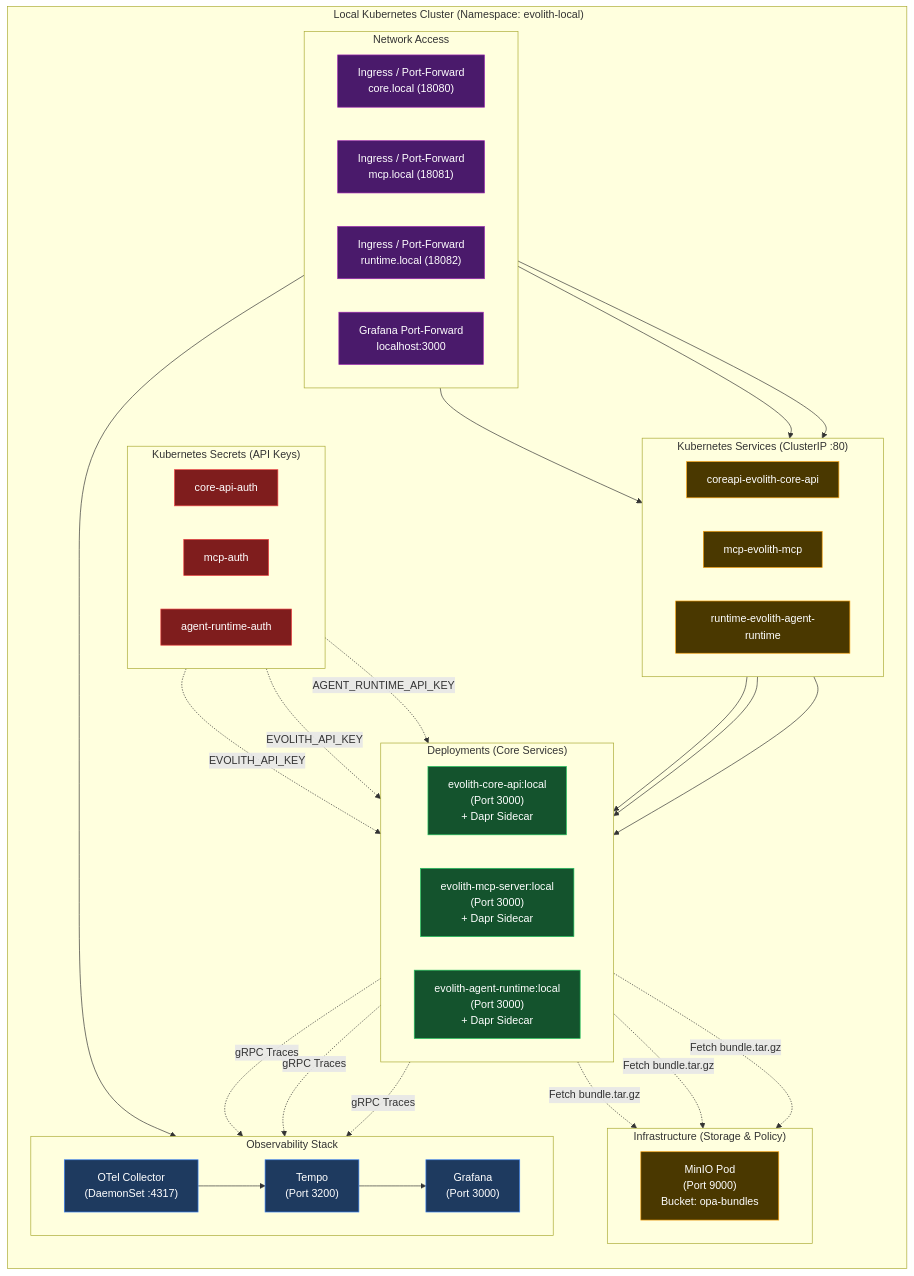
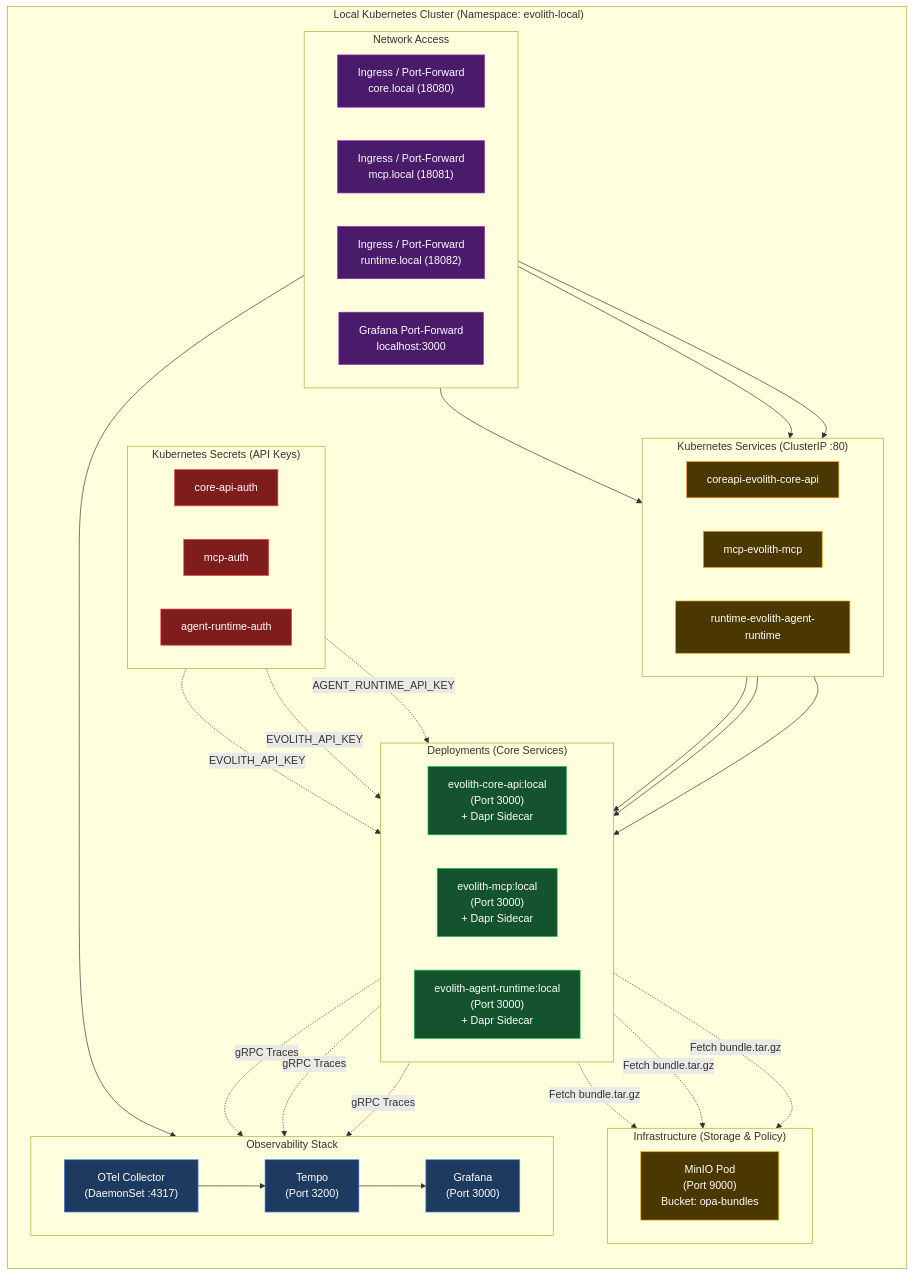
The third of 6 diagrams in reference/core/foundations/common-rules/communication/visuals/v08-infrastructure-topology.md (beyondnetcode/evolith_arch32), drawn with Mermaid before and after one commit. The commit also changed 21 other files, not shown here.

First line of the commit message:
fix(mcp): repair 3 stale mcp-server specs + rename infra evolith-mcp-server → evolith-mcp

````diff
--- a/reference/core/foundations/common-rules/communication/visuals/v08-infrastructure-topology.md
+++ b/reference/core/foundations/common-rules/communication/visuals/v08-infrastructure-topology.md
@@ -131,72 +131,72 @@
 ```mermaid
 flowchart TB
     classDef dev fill:#14532d,stroke:#22c55e,color:#fff
     classDef infra fill:#4a3800,stroke:#f59e0b,color:#fff
     classDef network fill:#4a1a6b,stroke:#9c27b0,color:#fff
     classDef secret fill:#7f1d1d,stroke:#ef4444,color:#fff
     classDef obs fill:#1e3a5f,stroke:#3b82f6,color:#fff
 
     subgraph LOCAL_K8S["️ Local Kubernetes Cluster (Namespace: evolith-local)"]
         direction TB
 
         subgraph INGRESS["Network Access"]
             direction LR
             PF_CORE["Ingress / Port-Forward\ncore.local (18080)"]:::network
             PF_MCP["Ingress / Port-Forward\nmcp.local (18081)"]:::network
             PF_RUNTIME["Ingress / Port-Forward\nruntime.local (18082)"]:::network
             PF_GRAFANA["Grafana Port-Forward\nlocalhost:3000"]:::network
         end
 
         subgraph SECRETS["Kubernetes Secrets (API Keys)"]
             direction LR
             SEC_CORE["core-api-auth"]:::secret
             SEC_MCP["mcp-auth"]:::secret
             SEC_RUNTIME["agent-runtime-auth"]:::secret
         end
 
         subgraph SVC["Kubernetes Services (ClusterIP :80)"]
             direction LR
             SVC_CORE["coreapi-evolith-core-api"]:::infra
             SVC_MCP["mcp-evolith-mcp"]:::infra
             SVC_RUNTIME["runtime-evolith-agent-runtime"]:::infra
         end
 
         subgraph PODS["Deployments (Core Services)"]
             direction LR
             POD_CORE["evolith-core-api:local\n(Port 3000)\n+ Dapr Sidecar"]:::dev
-            POD_MCP["evolith-mcp-server:local\n(Port 3000)\n+ Dapr Sidecar"]:::dev
+            POD_MCP["evolith-mcp:local\n(Port 3000)\n+ Dapr Sidecar"]:::dev
             POD_RUNTIME["evolith-agent-runtime:local\n(Port 3000)\n+ Dapr Sidecar"]:::dev
         end
 
         subgraph INFRA_LOCAL["Infrastructure (Storage & Policy)"]
             direction LR
             MINIO["MinIO Pod\n(Port 9000)\nBucket: opa-bundles"]:::infra
         end
 
         subgraph OBS_LOCAL["Observability Stack"]
             direction LR
             OTEL["OTel Collector\n(DaemonSet :4317)"]:::obs
             TEMPO["Tempo\n(Port 3200)"]:::obs
             GRAFANA["Grafana\n(Port 3000)"]:::obs
         end
 
         PF_CORE --> SVC_CORE
         PF_MCP --> SVC_MCP
         PF_RUNTIME --> SVC_RUNTIME
         PF_GRAFANA --> GRAFANA
 
         SVC_CORE --> POD_CORE
         SVC_MCP --> POD_MCP
         SVC_RUNTIME --> POD_RUNTIME
 
         SEC_CORE -.->|"EVOLITH_API_KEY"| POD_CORE
         SEC_MCP -.->|"EVOLITH_API_KEY"| POD_MCP
         SEC_RUNTIME -.->|"AGENT_RUNTIME_API_KEY"| POD_RUNTIME
 
         POD_CORE & POD_MCP & POD_RUNTIME -.->|"Fetch bundle.tar.gz"| MINIO
         POD_CORE & POD_MCP & POD_RUNTIME -.->|"gRPC Traces"| OTEL
 
         OTEL --> TEMPO
         TEMPO --> GRAFANA
     end
 ```
````
